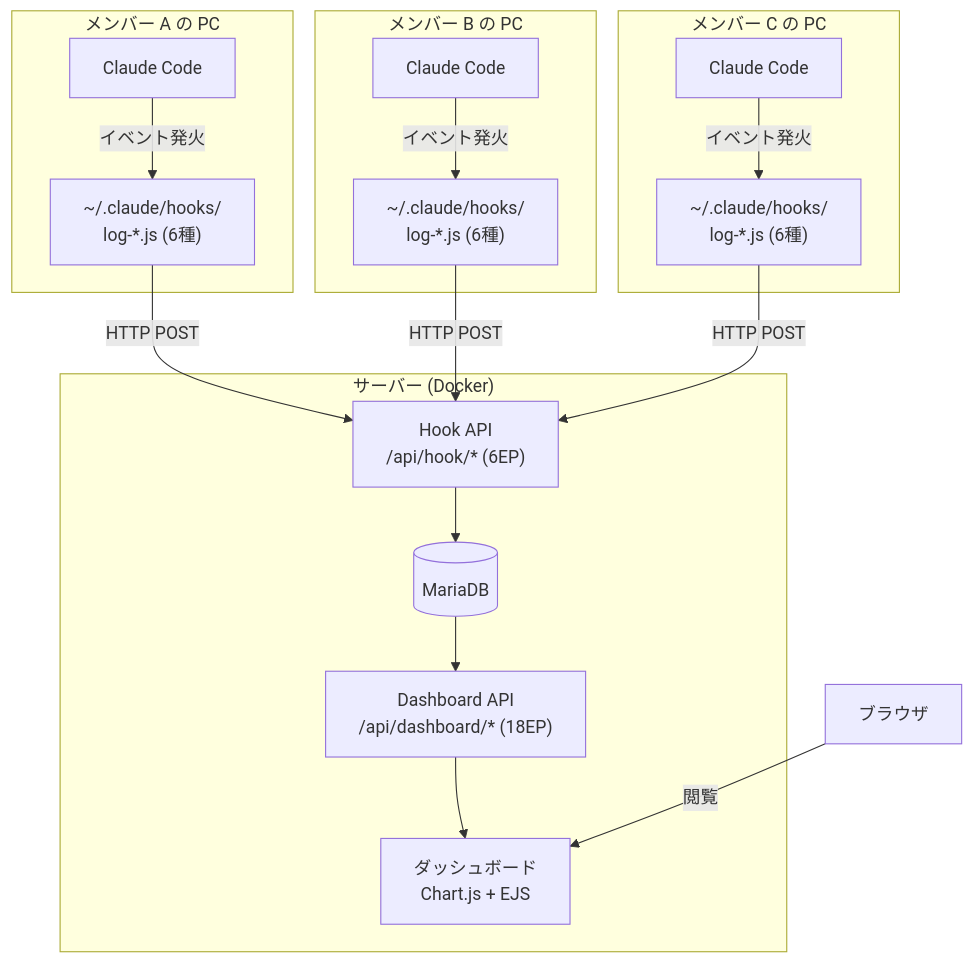
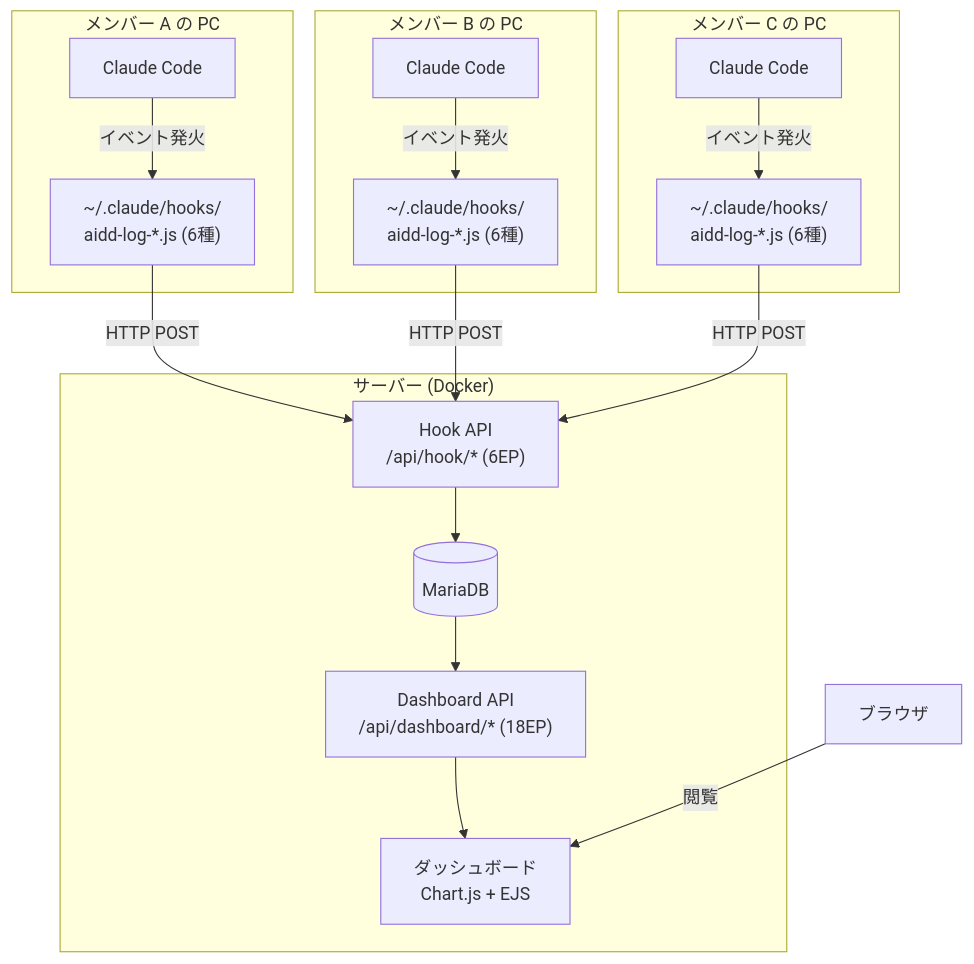
One commit to thirai-classlab/claude-activity-tracker changed the first of 4 diagrams in README.md. Above: the diagram before and after it, drawn with Mermaid. The commit also changed other lines of this file and 16 other files, not shown here.

First line of the commit message:
Rename hooks to aidd-log-* prefix, add init.sh and config.json.example

````diff
--- a/README.md
+++ b/README.md
@@ -11,27 +11,27 @@
 ```mermaid
 graph TB
     subgraph "メンバー A の PC"
-        CC_A[Claude Code] -->|イベント発火| H_A["~/.claude/hooks/<br/>log-*.js (6種)"]
+        CC_A[Claude Code] -->|イベント発火| H_A["~/.claude/hooks/<br/>aidd-log-*.js (6種)"]
     end
 
     subgraph "メンバー B の PC"
-        CC_B[Claude Code] -->|イベント発火| H_B["~/.claude/hooks/<br/>log-*.js (6種)"]
+        CC_B[Claude Code] -->|イベント発火| H_B["~/.claude/hooks/<br/>aidd-log-*.js (6種)"]
     end
 
     subgraph "メンバー C の PC"
-        CC_C[Claude Code] -->|イベント発火| H_C["~/.claude/hooks/<br/>log-*.js (6種)"]
+        CC_C[Claude Code] -->|イベント発火| H_C["~/.claude/hooks/<br/>aidd-log-*.js (6種)"]
     end
 
     H_A -->|HTTP POST| API
     H_B -->|HTTP POST| API
     H_C -->|HTTP POST| API
 
     subgraph "サーバー (Docker)"
         API["Hook API<br/>/api/hook/* (6EP)"]
         API --> DB[(MariaDB)]
         DB --> DASH_API["Dashboard API<br/>/api/dashboard/* (18EP)"]
         DASH_API --> DASH["ダッシュボード<br/>Chart.js + EJS"]
     end
 
     BROWSER[ブラウザ] -->|閲覧| DASH
 ```
````
